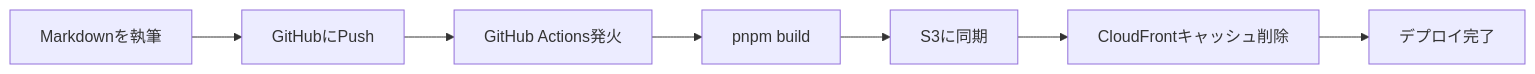
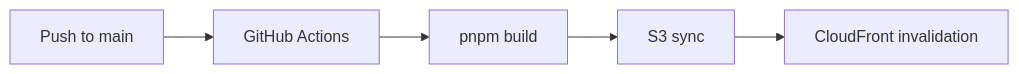
The diagram in README.md (CLOSM-org/closm-docs), drawn with Mermaid before and after one commit. The commit also changed other lines of this file and 34 other files, not shown here.

````diff
--- a/README.md
+++ b/README.md
@@ -83,9 +54,7 @@
 ```mermaid
 flowchart LR
-    A["Markdownを執筆"] --> B["GitHubにPush"]
-    B --> C["GitHub Actions発火"]
-    C --> D["pnpm build"]
-    D --> E["S3に同期"]
-    E --> F["CloudFrontキャッシュ削除"]
-    F --> G["デプロイ完了"]
+    A["Push to main"] --> B["GitHub Actions"]
+    B --> C["pnpm build"]
+    C --> D["S3 sync"]
+    D --> E["CloudFront invalidation"]
 ```
````
